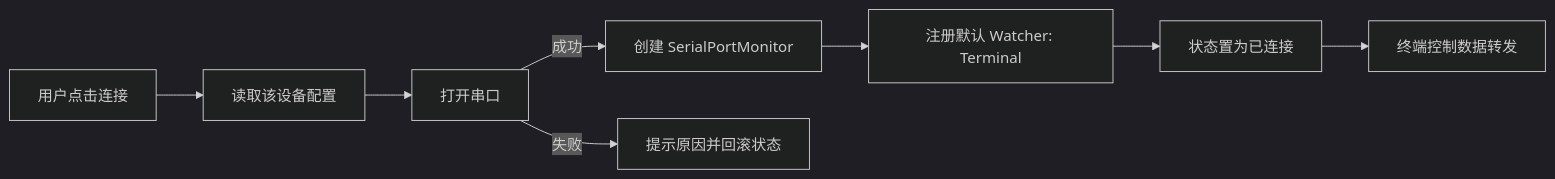
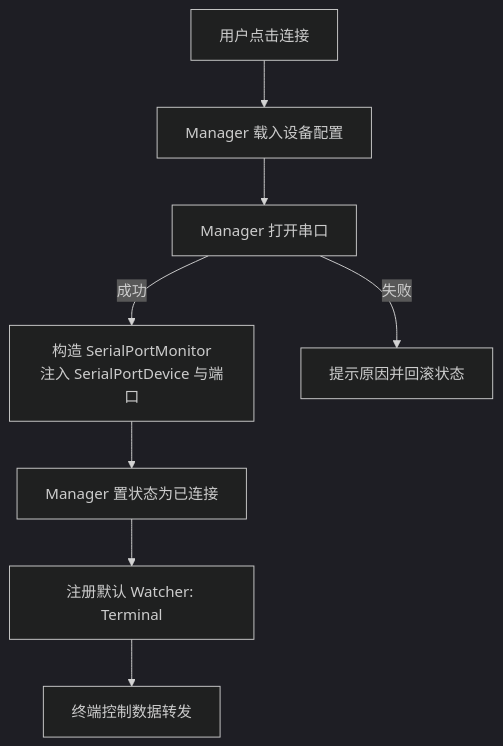
One commit to ziqiang-zhu/vscode-serial-port-terminal changed the second of 3 diagrams in doc/SerialPortDeviceManager设计.md. Above: the diagram before and after it, drawn with Mermaid (dark theme). The commit also changed other lines of this file and 1 other file, not shown here.

Commit message:
doc: add SerialPortMonitor design document

````diff
--- a/doc/SerialPortDeviceManager设计.md
+++ b/doc/SerialPortDeviceManager设计.md
@@ -77,10 +77,10 @@
 ```mermaid
-flowchart LR
-    A[用户点击连接] --> B[读取该设备配置]
-    B --> C[打开串口]
-    C -->|成功| D[创建 SerialPortMonitor]
-    C -->|失败| E[提示原因并回滚状态]
-    D --> F[注册默认 Watcher: Terminal]
-    F --> G[状态置为已连接]
-    G --> H[终端控制数据转发]
+flowchart TD
+    A[用户点击连接] --> B[Manager 载入设备配置]
+    B --> C[Manager 打开串口]
+    C -->|成功| D[构造 SerialPortMonitor\n注入 SerialPortDevice 与端口]
+    D --> E[Manager 置状态为已连接]
+    E --> F[注册默认 Watcher: Terminal]
+    F --> G[终端控制数据转发]
+    C -->|失败| H[提示原因并回滚状态]
 ```
````
